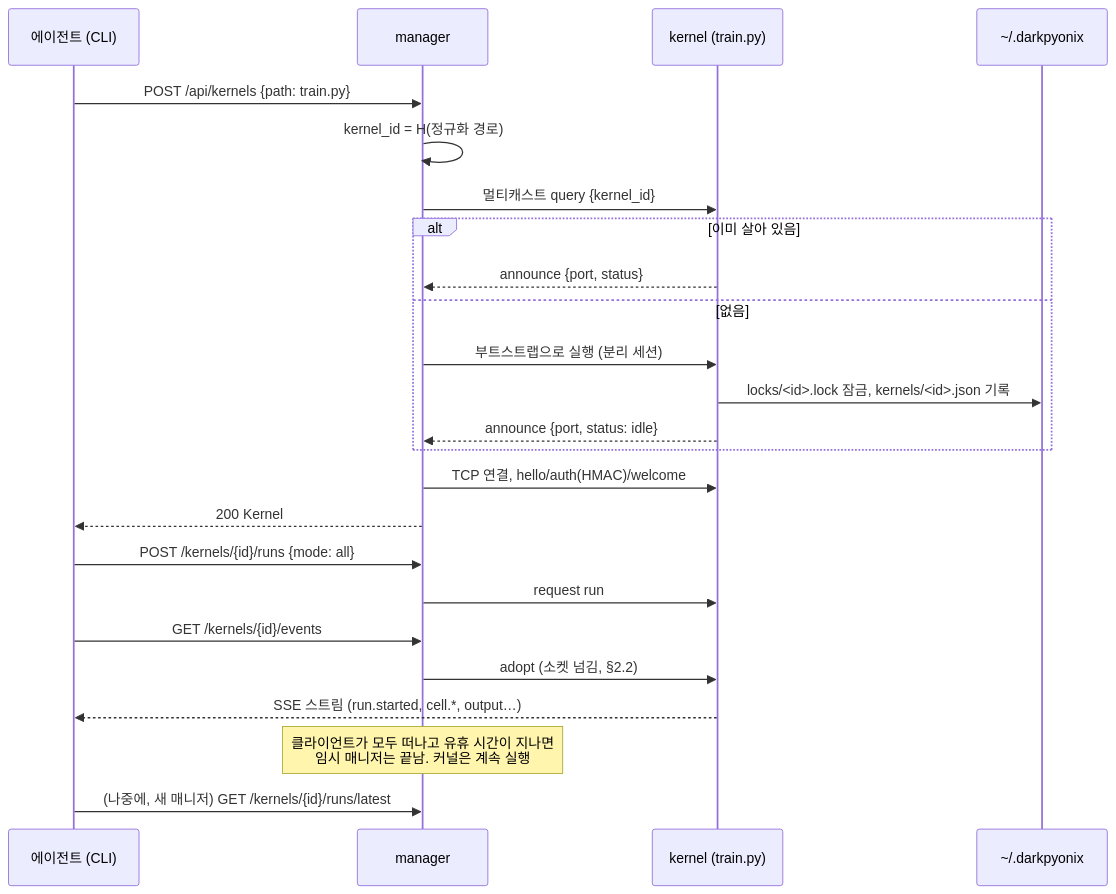
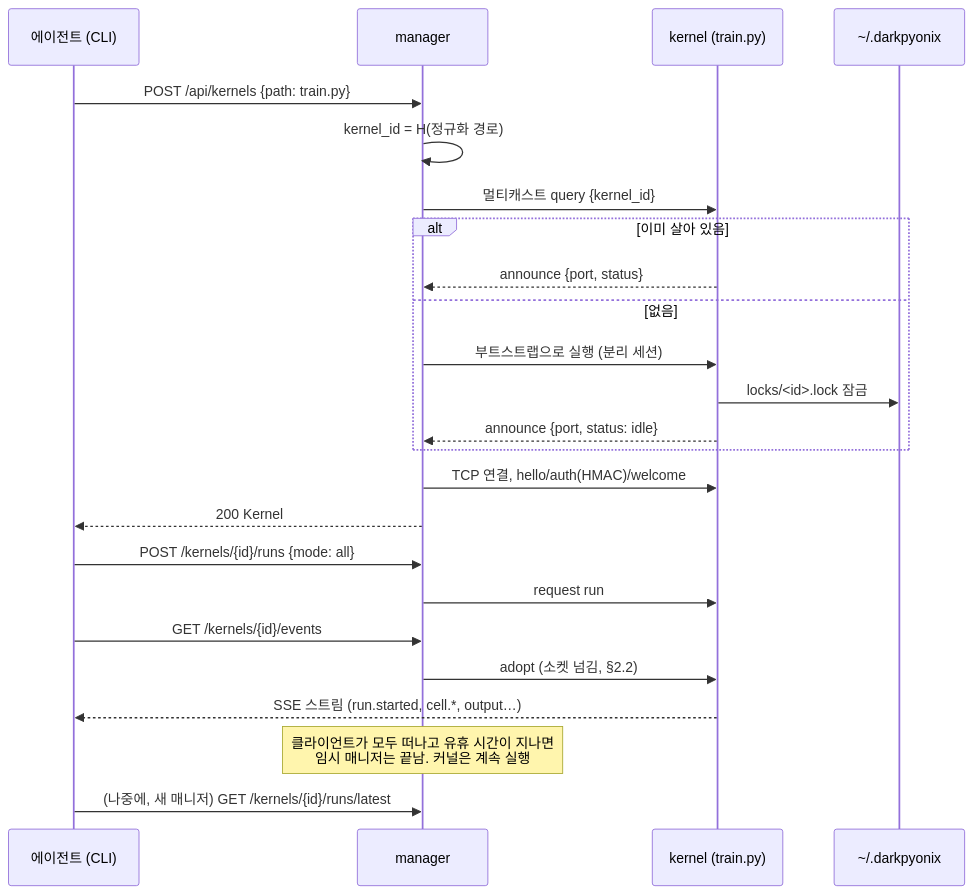
The fifth of 6 diagrams in docs/ARCHITECTURE.md (DarkPyonix/darkpyonix), drawn with Mermaid before and after one commit. The commit also changed other lines of this file and 6 other files, not shown here.

````diff
--- a/docs/ARCHITECTURE.md
+++ b/docs/ARCHITECTURE.md
@@ -147,27 +148,27 @@
 ```mermaid
 sequenceDiagram
   participant A as 에이전트 (CLI)
   participant M as manager
   participant K as kernel (train.py)
   participant FS as ~/.darkpyonix
 
   A->>M: POST /api/kernels {path: train.py}
   M->>M: kernel_id = H(정규화 경로)
   M->>K: 멀티캐스트 query {kernel_id}
   alt 이미 살아 있음
     K-->>M: announce {port, status}
   else 없음
     M->>K: 부트스트랩으로 실행 (분리 세션)
-    K->>FS: locks/<id>.lock 잠금, kernels/<id>.json 기록
+    K->>FS: locks/<id>.lock 잠금
     K-->>M: announce {port, status: idle}
   end
   M->>K: TCP 연결, hello/auth(HMAC)/welcome
   M-->>A: 200 Kernel
   A->>M: POST /kernels/{id}/runs {mode: all}
   M->>K: request run
   A->>M: GET /kernels/{id}/events
   M->>K: adopt (소켓 넘김, §2.2)
   K-->>A: SSE 스트림 (run.started, cell.*, output…)
   Note over M: 클라이언트가 모두 떠나고 유휴 시간이 지나면<br/>임시 매니저는 끝남. 커널은 계속 실행
   A->>M: (나중에, 새 매니저) GET /kernels/{id}/runs/latest
 ```
````
